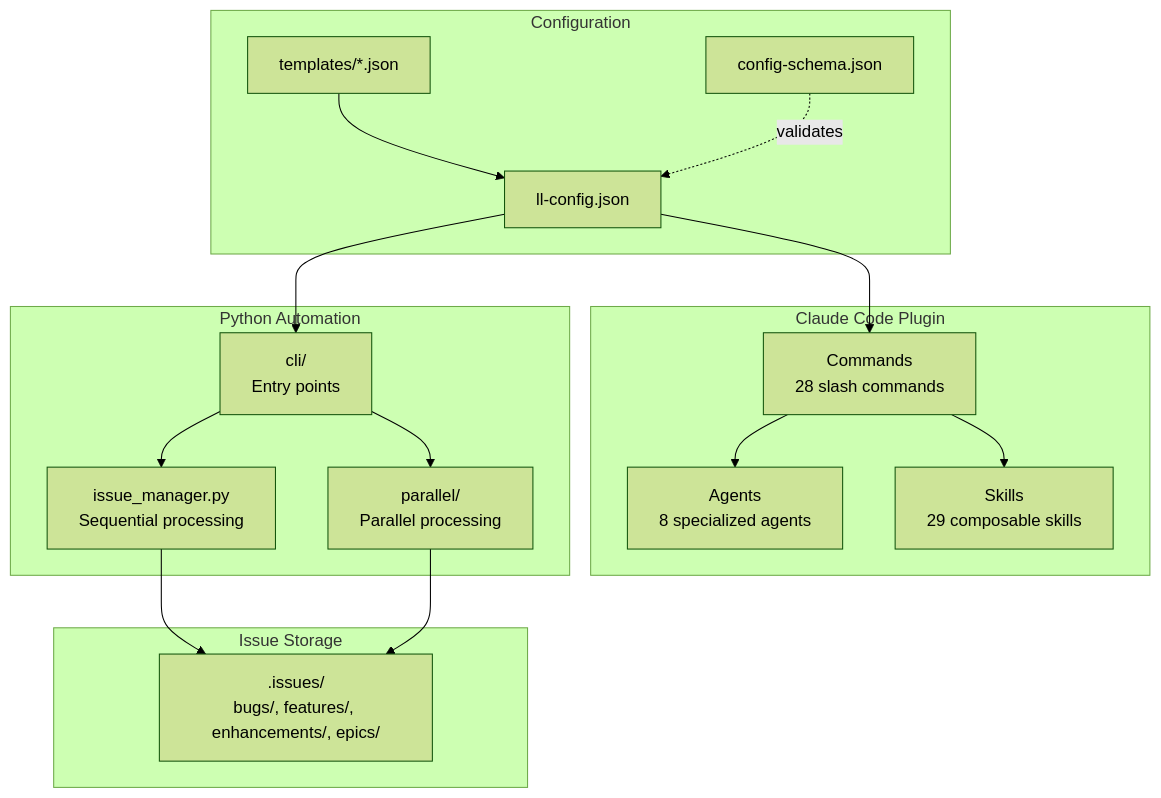
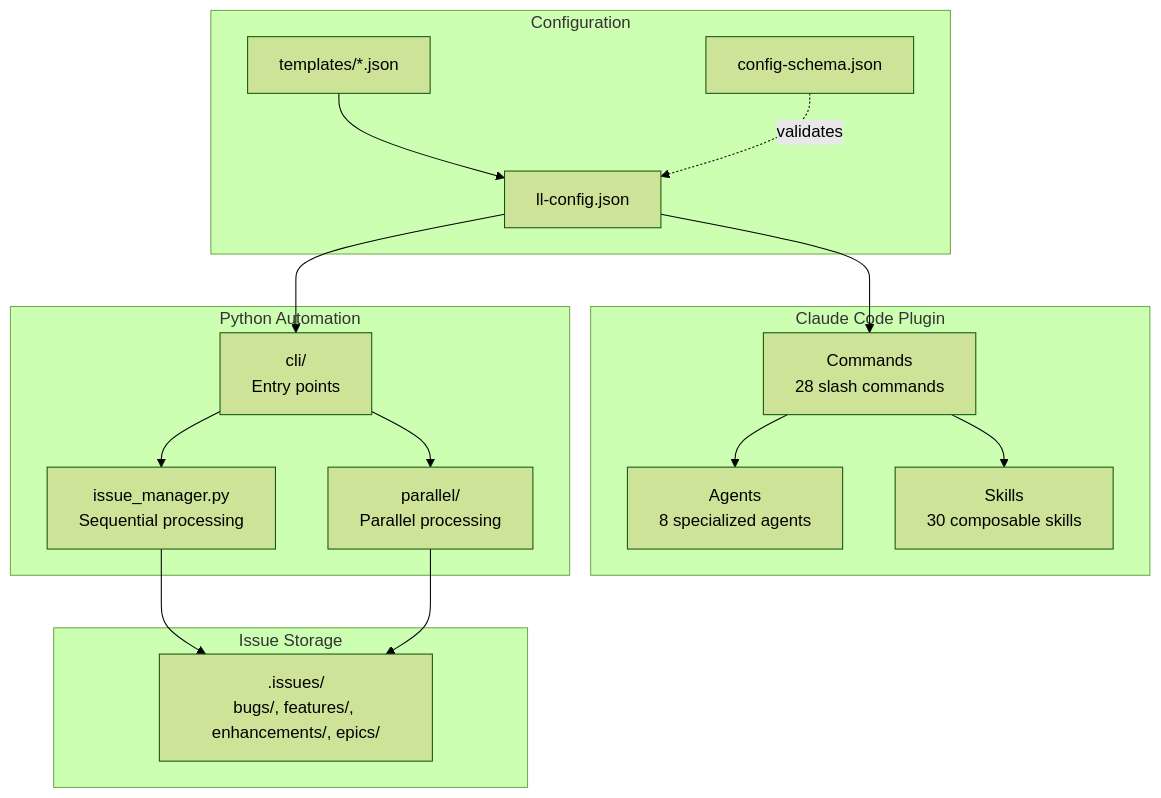
The first of 14 diagrams in docs/ARCHITECTURE.md (BrennonTWilliams/little-loops), drawn with Mermaid (forest theme) before and after one commit. The commit also changed other lines of this file and 8 other files, not shown here.

````diff
--- a/docs/ARCHITECTURE.md
+++ b/docs/ARCHITECTURE.md
@@ -21,35 +21,35 @@
 ```mermaid
 flowchart TB
     subgraph "Claude Code Plugin"
         CMD[Commands<br/>28 slash commands]
         AGT[Agents<br/>8 specialized agents]
-        SKL[Skills<br/>29 composable skills]
+        SKL[Skills<br/>30 composable skills]
     end
 
     subgraph "Configuration"
         CFG[ll-config.json]
         SCHEMA[config-schema.json]
         TPL[templates/*.json]
     end
 
     subgraph "Python Automation"
         CLI[cli/<br/>Entry points]
         AUTO[issue_manager.py<br/>Sequential processing]
         PARALLEL[parallel/<br/>Parallel processing]
     end
 
     subgraph "Issue Storage"
         ISSUES[.issues/<br/>bugs/, features/, enhancements/, epics/]
     end
 
     CFG --> CMD
     TPL --> CFG
     SCHEMA -.->|validates| CFG
     CFG --> CLI
     CMD --> AGT
     CMD --> SKL
     CLI --> AUTO
     CLI --> PARALLEL
     AUTO --> ISSUES
     PARALLEL --> ISSUES
 ```
````
